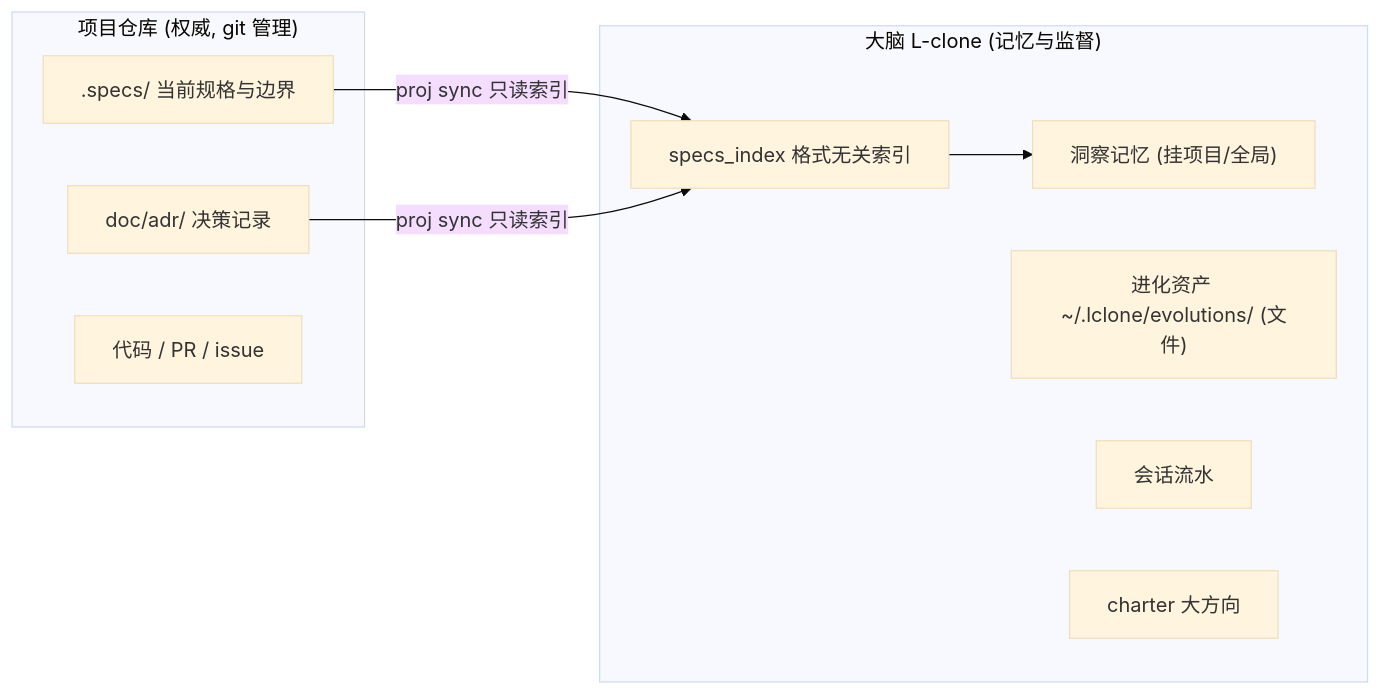
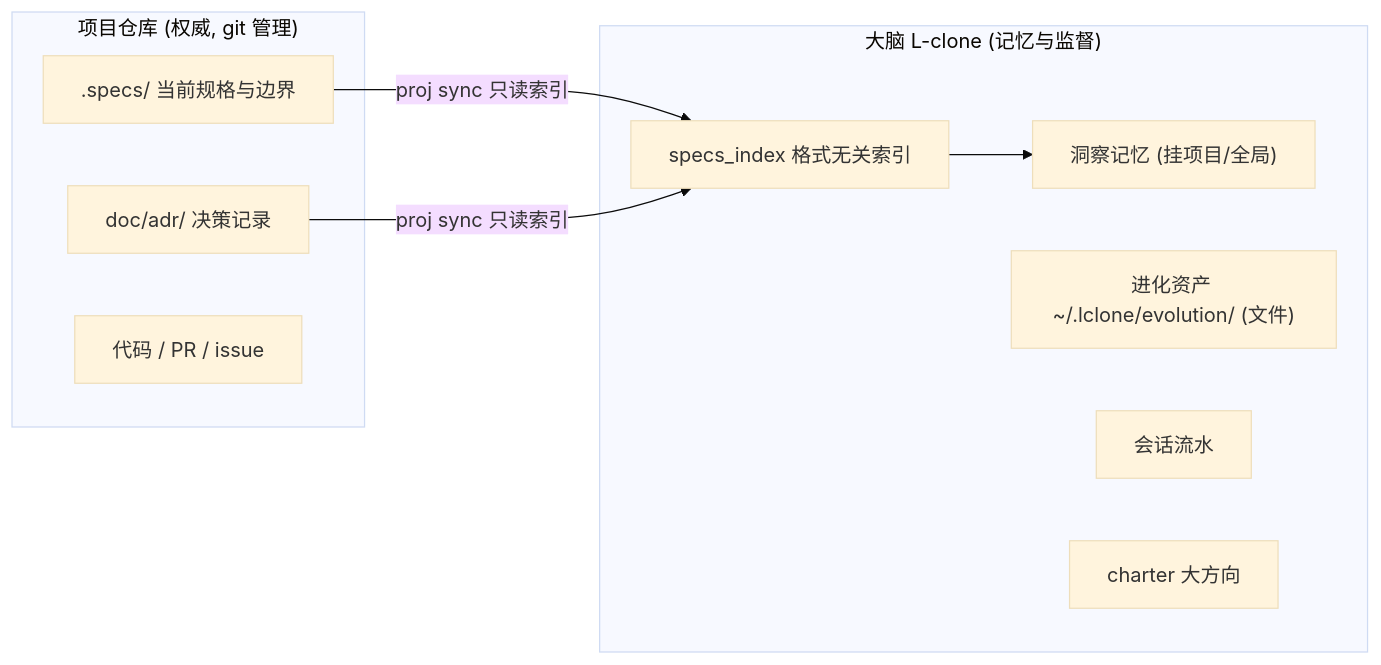
Before and after one commit to ljzRober/L-clone: the fifth of 5 diagrams in docs/CONCEPTS.md, drawn with Mermaid (base theme). The commit also changed other lines of this file and 23 other files, not shown here.

````diff
--- a/docs/CONCEPTS.md
+++ b/docs/CONCEPTS.md
@@ -317,18 +317,18 @@
 ```mermaid
 flowchart LR
     subgraph PROJECT["项目仓库 (权威, git 管理)"]
         SPEC[".specs/ 当前规格与边界"]
         ADR["doc/adr/ 决策记录"]
         CODE["代码 / PR / issue"]
     end
     subgraph BRAIN["大脑 L-clone (记忆与监督)"]
         IDX["specs_index 格式无关索引"]
         INS["洞察记忆 (挂项目/全局)"]
-        EVO["进化资产 ~/.lclone/evolutions/ (文件)"]
+        EVO["进化资产 ~/.lclone/evolution/ (文件)"]
         SES["会话流水"]
         CH["charter 大方向"]
     end
     SPEC -->|"proj sync 只读索引"| IDX
     ADR -->|"proj sync 只读索引"| IDX
     IDX --> INS
 ```
````
